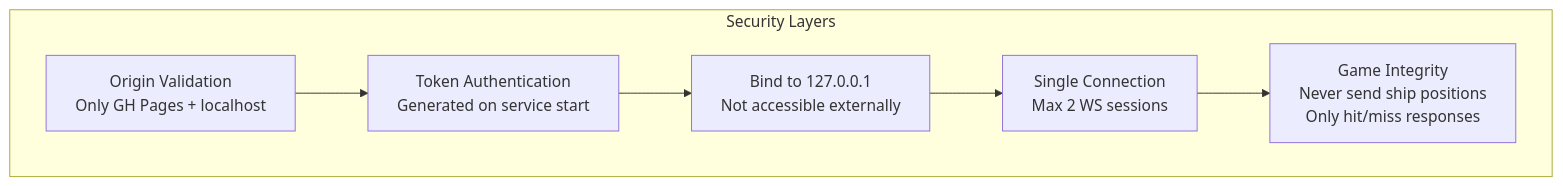
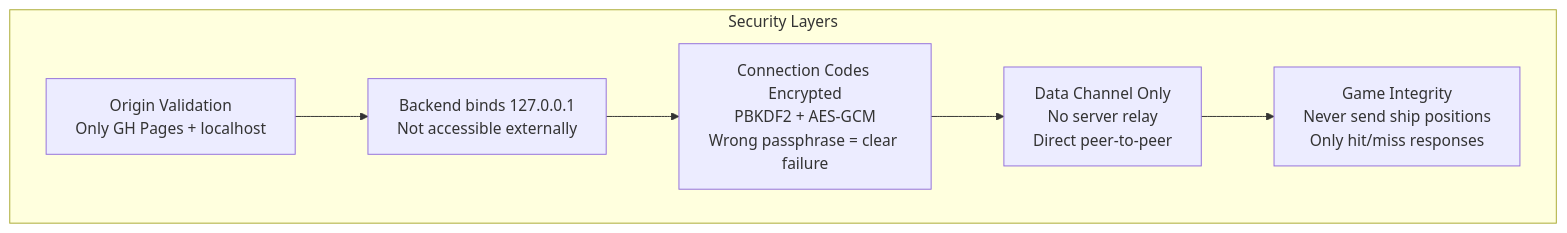
The third of 3 diagrams in docs/architecture.md (RyanDur/battleship), drawn with Mermaid before and after one commit. The commit also changed other lines of this file and 1 other file, not shown here.

First line of the commit message:
Update architecture and README to reflect Iteration 4

````diff
--- a/docs/architecture.md
+++ b/docs/architecture.md
@@ -246,12 +147,12 @@
 ```mermaid
 graph TD
     subgraph "Security Layers"
         O[Origin Validation<br/>Only GH Pages + localhost]
-        T[Token Authentication<br/>Generated on service start]
-        B[Bind to 127.0.0.1<br/>Not accessible externally]
-        S[Single Connection<br/>Max 2 WS sessions]
+        B[Backend binds 127.0.0.1<br/>Not accessible externally]
+        E[Connection Codes Encrypted<br/>PBKDF2 + AES-GCM<br/>Wrong passphrase = clear failure]
+        D[Data Channel Only<br/>No server relay<br/>Direct peer-to-peer]
         G[Game Integrity<br/>Never send ship positions<br/>Only hit/miss responses]
     end
 
-    O --> T --> B --> S --> G
+    O --> B --> E --> D --> G
 ```
````
